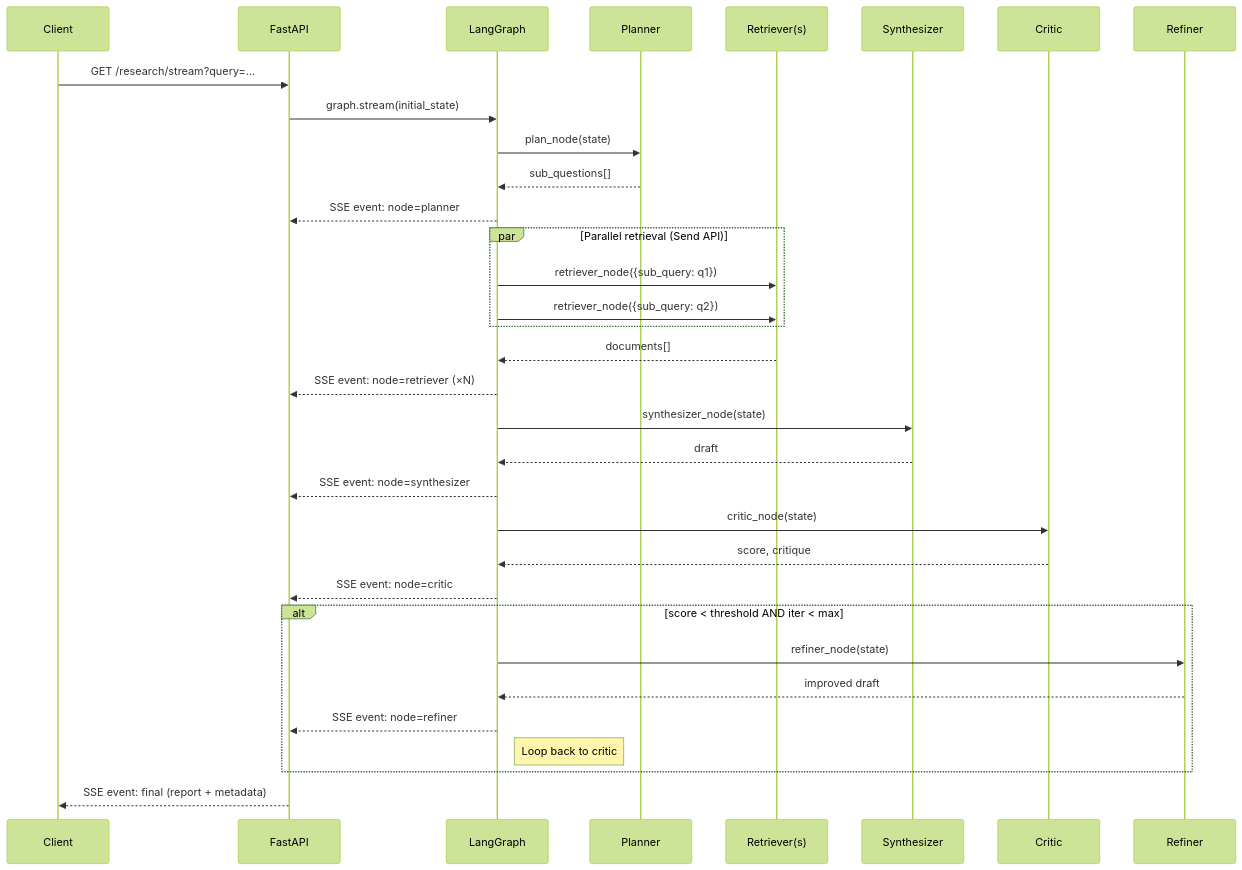
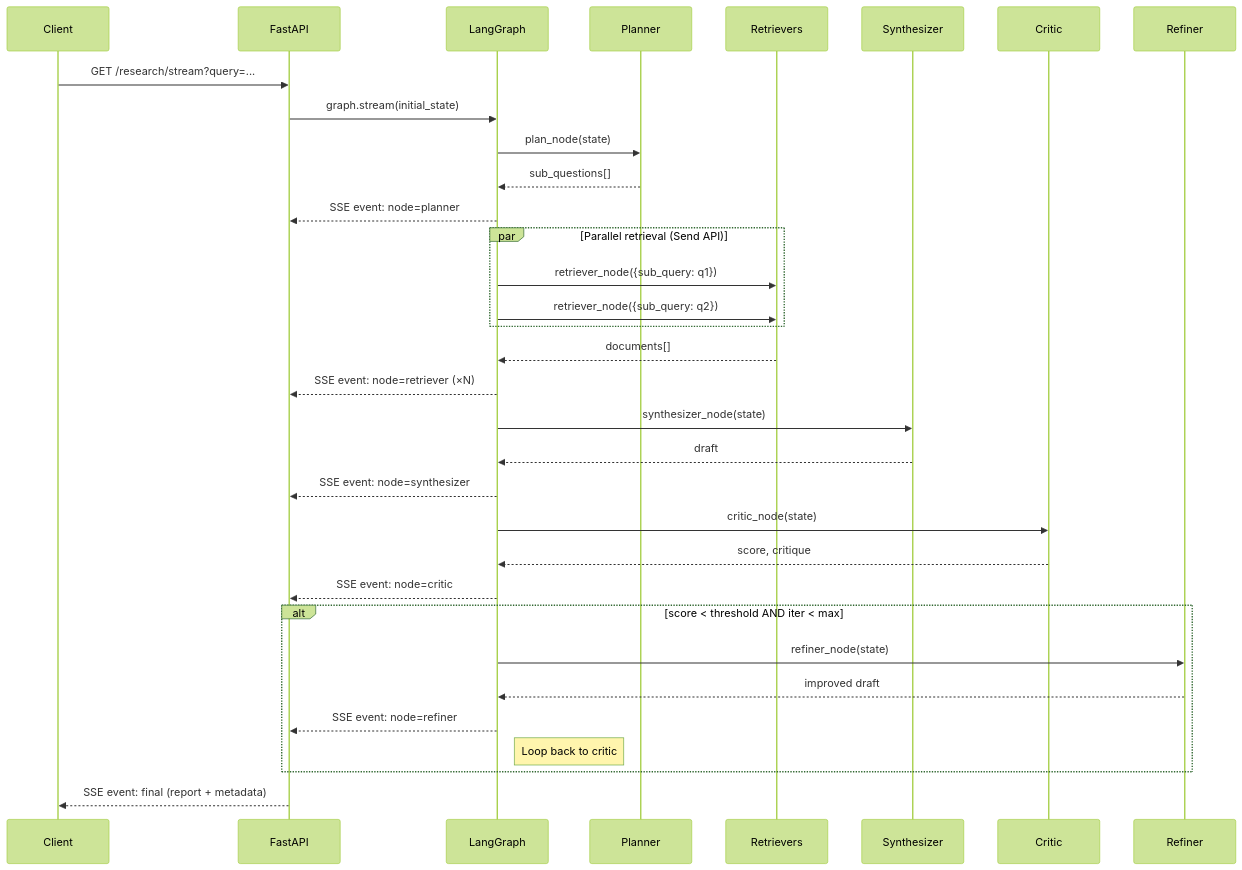
The third of 3 diagrams in README.md (pypi-ahmad/scholar-agent), drawn with Mermaid (forest theme) before and after one commit. The commit also changed other lines of this file, not shown here.

Commit message:
fix: escape parentheses in Mermaid diagrams for GitHub rendering

````diff
--- a/README.md
+++ b/README.md
@@ -86,41 +86,41 @@
 ```mermaid
 sequenceDiagram
     participant C as Client
     participant A as FastAPI
     participant G as LangGraph
     participant P as Planner
-    participant R as Retriever(s)
+    participant R as Retrievers
     participant S as Synthesizer
     participant Cr as Critic
     participant Re as Refiner
 
     C->>A: GET /research/stream?query=...
     A->>G: graph.stream(initial_state)
     G->>P: plan_node(state)
     P-->>G: sub_questions[]
     G-->>A: SSE event: node=planner
 
     par Parallel retrieval (Send API)
         G->>R: retriever_node({sub_query: q1})
         G->>R: retriever_node({sub_query: q2})
     end
     R-->>G: documents[]
     G-->>A: SSE event: node=retriever (×N)
 
     G->>S: synthesizer_node(state)
     S-->>G: draft
     G-->>A: SSE event: node=synthesizer
 
     G->>Cr: critic_node(state)
     Cr-->>G: score, critique
     G-->>A: SSE event: node=critic
 
     alt score < threshold AND iter < max
         G->>Re: refiner_node(state)
         Re-->>G: improved draft
         G-->>A: SSE event: node=refiner
         Note right of G: Loop back to critic
     end
 
     A-->>C: SSE event: final (report + metadata)
 ```
````
